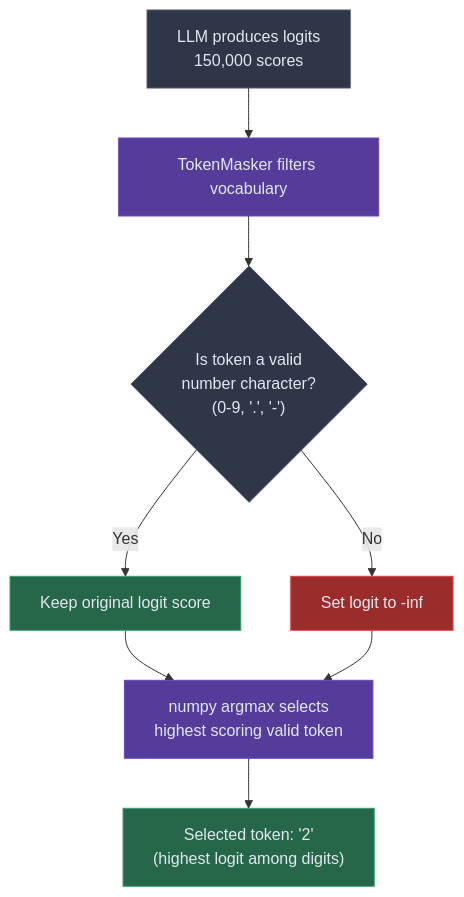
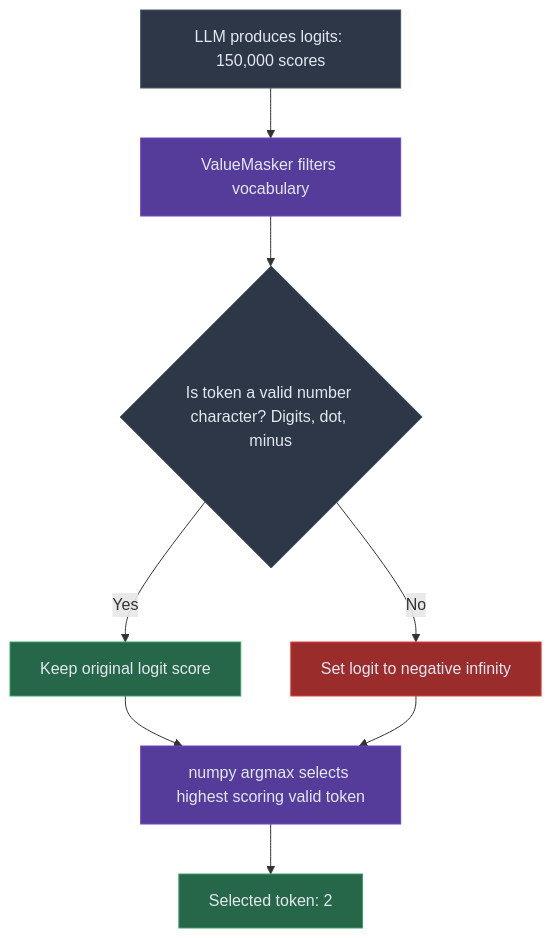
One commit to creerghost/call_me_maybe changed the third of 3 diagrams in README.md. Above: the diagram before and after it, drawn with Mermaid. The commit also changed other lines of this file, not shown here.

Commit message:
docs: update README for JSONBuilder architecture, fix charts and glossary links

````diff
--- a/README.md
+++ b/README.md
@@ -266,18 +255,18 @@
 ```mermaid
 flowchart TD
-    A["LLM produces logits\n150,000 scores"] --> B["TokenMasker filters vocabulary"]
-    B --> C{"Is token a valid\nnumber character?\n(0-9, '.', '-')"}
+    A["LLM produces logits: 150,000 scores"] --> B["ValueMasker filters vocabulary"]
+    B --> C{"Is token a valid number character? Digits, dot, minus"}
     C -- Yes --> D["Keep original logit score"]
-    C -- No --> E["Set logit to -inf"]
-    D --> F["numpy argmax selects\nhighest scoring valid token"]
+    C -- No --> E["Set logit to negative infinity"]
+    D --> F["numpy argmax selects highest scoring valid token"]
     E --> F
-    F --> G["Selected token: '2'\n(highest logit among digits)"]
+    F --> G["Selected token: 2"]
 
     style A fill:#2d3748,stroke:#4a5568,color:#e2e8f0
     style B fill:#553c9a,stroke:#6b46c1,color:#e2e8f0
     style C fill:#2d3748,stroke:#4a5568,color:#e2e8f0
     style D fill:#276749,stroke:#38a169,color:#e2e8f0
     style E fill:#9b2c2c,stroke:#e53e3e,color:#e2e8f0
     style F fill:#553c9a,stroke:#6b46c1,color:#e2e8f0
     style G fill:#276749,stroke:#38a169,color:#e2e8f0
 ```
````
